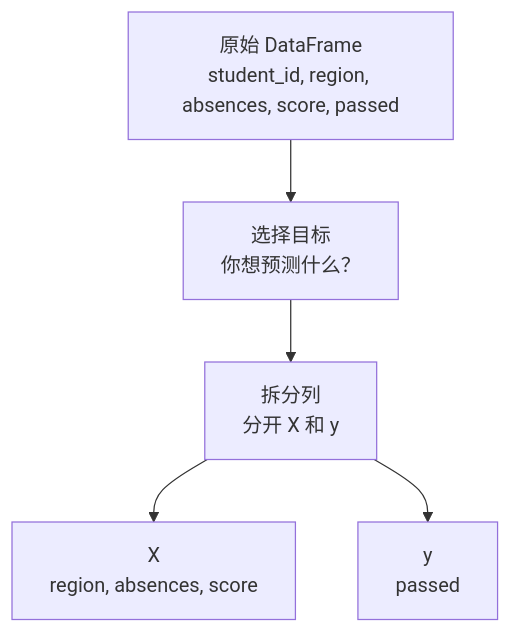
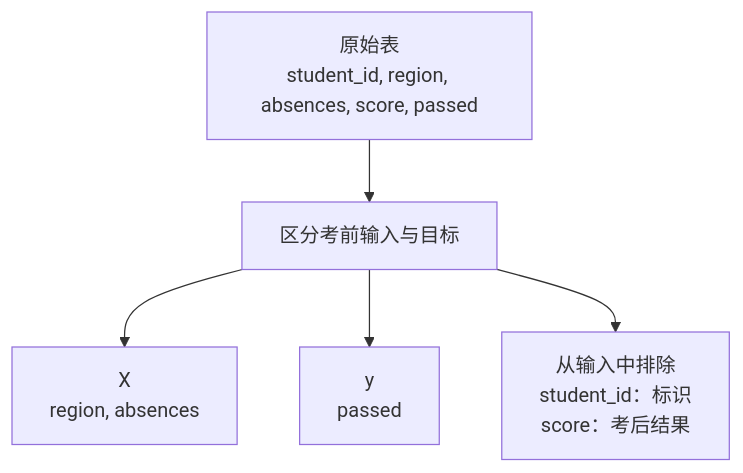
Before and after one commit to devchan64/AiBook: the diagram in docs/assets/part-02/chapter-12/x-y-split-flow-zh.mmd, drawn with Mermaid. The commit also changed 26 other files, not shown here.

```diff
--- a/docs/assets/part-02/chapter-12/x-y-split-flow-zh.mmd
+++ b/docs/assets/part-02/chapter-12/x-y-split-flow-zh.mmd
@@ -1,10 +1,6 @@
 flowchart TD
-    raw["原始 DataFrame<br/>student_id, region, absences, score, passed"]
-    choose["选择目标<br/>你想预测什么？"]
-    split["拆分列<br/>分开 X 和 y"]
-    x["X<br/>region, absences, score"]
-    y["y<br/>passed"]
-
-    raw --> choose --> split
-    split --> x
-    split --> y
+    a["原始表<br/>student_id, region, absences, score, passed"]
+    a --> b["区分考前输入与目标"]
+    b --> x["X<br/>region, absences"]
+    b --> y["y<br/>passed"]
+    b --> z["从输入中排除<br/>student_id：标识<br/>score：考后结果"]
```
